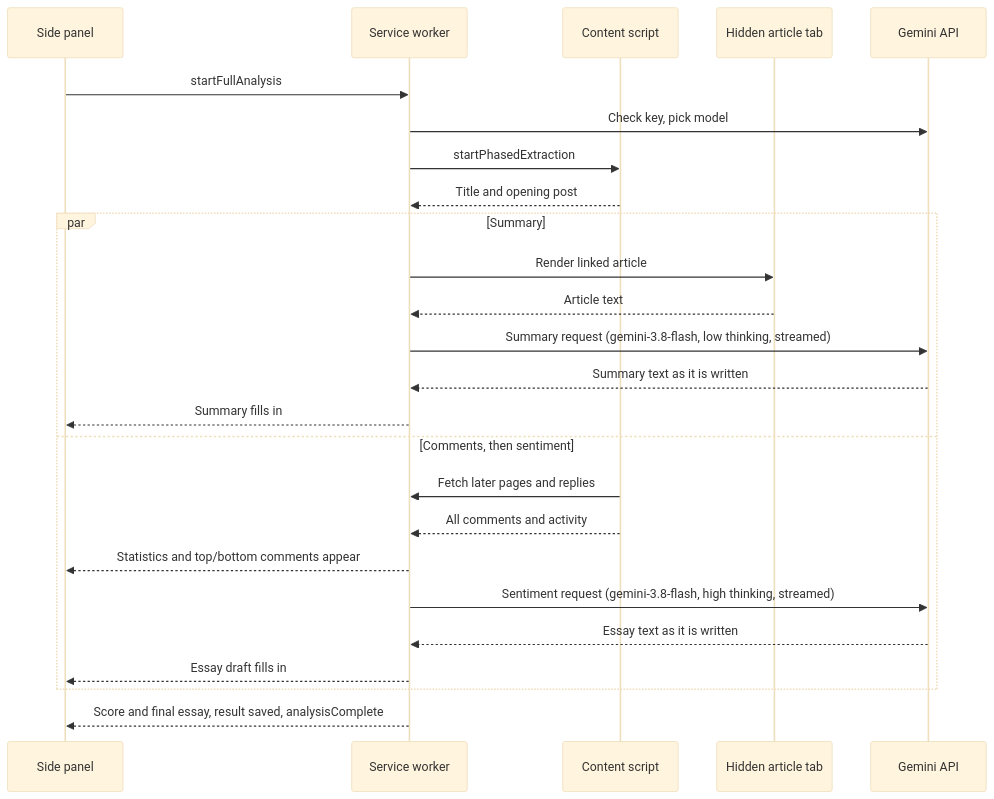
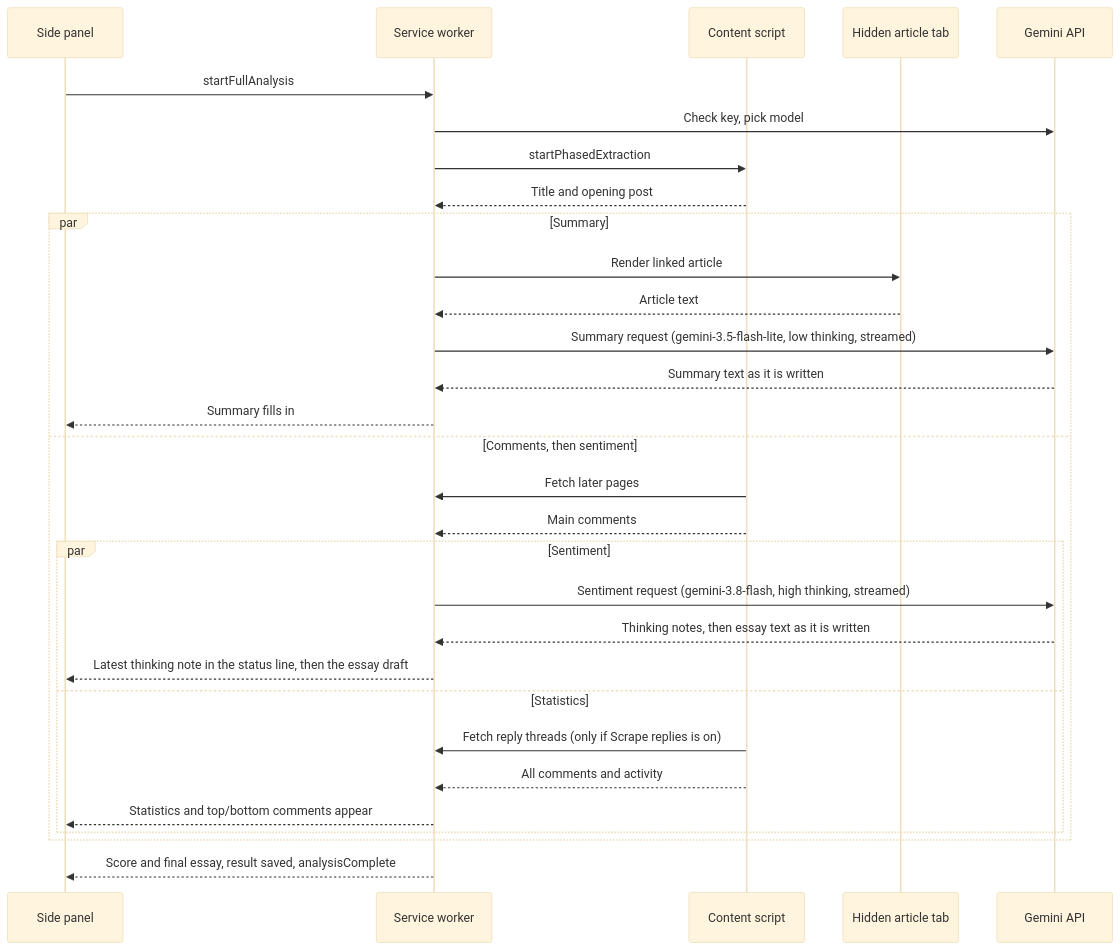
The diagram in README.md (JGKarlin/girlsinsight), drawn with Mermaid (base theme) before and after one commit. The commit also changed other lines of this file and 7 other files, not shown here.

First line of the commit message:
Essay: 30 s silence limit, thinking notes in the status line, no wait for replies

````diff
--- a/README.md
+++ b/README.md
@@ -103,28 +103,33 @@
 ```mermaid
 sequenceDiagram
     participant P as Side panel
     participant B as Service worker
     participant C as Content script
     participant T as Hidden article tab
     participant G as Gemini API
 
     P->>B: startFullAnalysis
     B->>G: Check key, pick model
     B->>C: startPhasedExtraction
     C-->>B: Title and opening post
     par Summary
         B->>T: Render linked article
         T-->>B: Article text
-        B->>G: Summary request (gemini-3.8-flash, low thinking, streamed)
+        B->>G: Summary request (gemini-3.5-flash-lite, low thinking, streamed)
         G-->>B: Summary text as it is written
         B-->>P: Summary fills in
     and Comments, then sentiment
-        C->>B: Fetch later pages and replies
-        C-->>B: All comments and activity
-        B-->>P: Statistics and top/bottom comments appear
-        B->>G: Sentiment request (gemini-3.8-flash, high thinking, streamed)
-        G-->>B: Essay text as it is written
-        B-->>P: Essay draft fills in
+        C->>B: Fetch later pages
+        C-->>B: Main comments
+        par Sentiment
+            B->>G: Sentiment request (gemini-3.8-flash, high thinking, streamed)
+            G-->>B: Thinking notes, then essay text as it is written
+            B-->>P: Latest thinking note in the status line, then the essay draft
+        and Statistics
+            C->>B: Fetch reply threads (only if Scrape replies is on)
+            C-->>B: All comments and activity
+            B-->>P: Statistics and top/bottom comments appear
+        end
     end
     B-->>P: Score and final essay, result saved, analysisComplete
 ```
````
